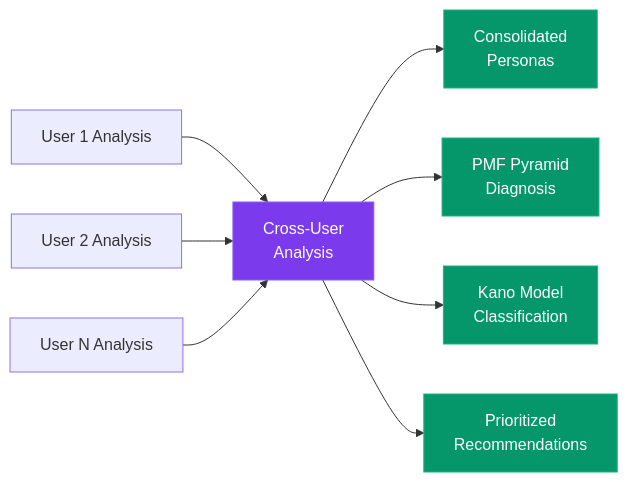
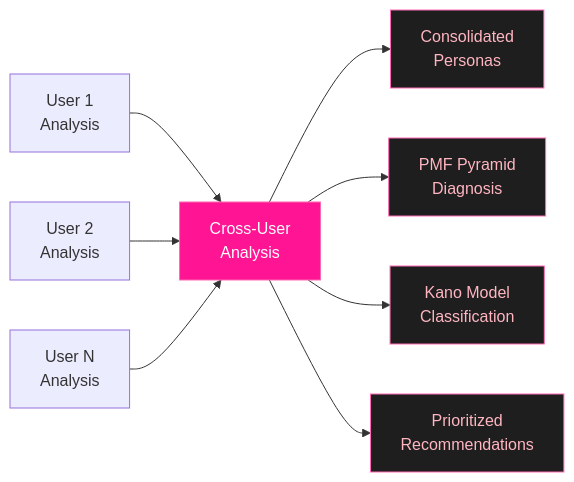
The second of 2 diagrams in README.md (Lee-Soyeon/ux-research-agents), drawn with Mermaid before and after one commit. The commit also changed other lines of this file, not shown here.

````diff
--- a/README.md
+++ b/README.md
@@ -89,16 +89,16 @@
 ```mermaid
 graph LR
-    U1["User 1 Analysis"] --> X["Cross-User\nAnalysis"]
-    U2["User 2 Analysis"] --> X
-    U3["User N Analysis"] --> X
+    U1["User 1\nAnalysis"] --> X["Cross-User\nAnalysis"]
+    U2["User 2\nAnalysis"] --> X
+    U3["User N\nAnalysis"] --> X
     X --> P["Consolidated\nPersonas"]
     X --> G["PMF Pyramid\nDiagnosis"]
     X --> K["Kano Model\nClassification"]
     X --> R["Prioritized\nRecommendations"]
 
-    style X fill:#7c3aed,stroke:#8b5cf6,color:#fff
-    style P fill:#059669,stroke:#10b981,color:#fff
-    style G fill:#059669,stroke:#10b981,color:#fff
-    style K fill:#059669,stroke:#10b981,color:#fff
-    style R fill:#059669,stroke:#10b981,color:#fff
+    style X fill:#FF1493,stroke:#FF69B4,color:#fff
+    style P fill:#1e1e1e,stroke:#FF69B4,color:#FFB6C1
+    style G fill:#1e1e1e,stroke:#FF69B4,color:#FFB6C1
+    style K fill:#1e1e1e,stroke:#FF69B4,color:#FFB6C1
+    style R fill:#1e1e1e,stroke:#FF69B4,color:#FFB6C1
 ```
````
